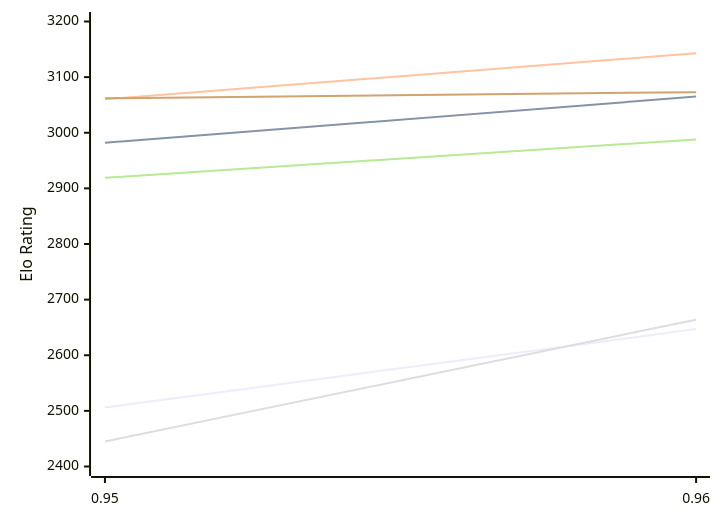
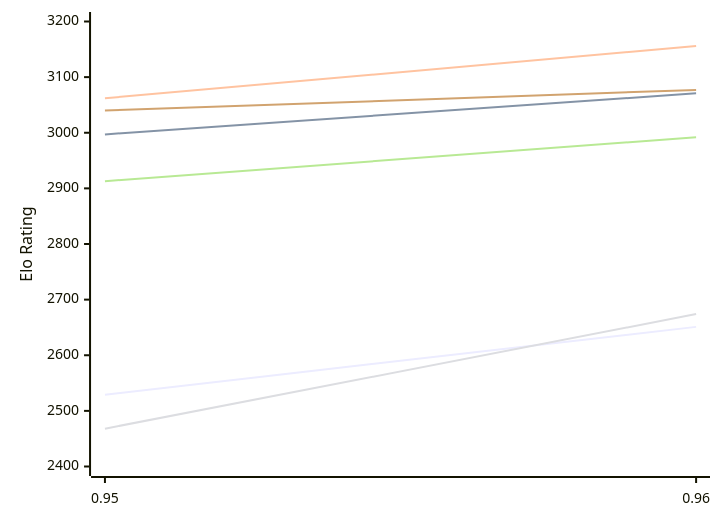
One commit to computer-chess-index/cci changed the first of 2 diagrams in engines/Myrddin.md. Above: the diagram before and after it, drawn with Mermaid. The commit also changed other lines of this file, not shown here.

Commit message:
Update CCI Ratings (ELO VLTC) - 2026-11-16

````diff
--- a/engines/Myrddin.md
+++ b/engines/Myrddin.md
@@ -51,12 +51,12 @@
 ```mermaid
 %%{init: {"theme":"base","themeVariables":{"seriesColors:['#a3a3a3','#222221','#faa371']}}}%%
 xychart-beta
   x-axis ["0.95", "0.96"]
   y-axis "Elo Rating" 2400 --> 3200
-  line "E1: STC (8.0+0.08s)" [2506, 2647]
-  line "E1: LTC (60.0+0.60s)" [2982, 3065]
-  line "E1: VLTC (2m24s+1.12s)" [3060, 3143]
-  line "P1: STC (8.0+0.08s)" [2445, 2664]
-  line "P1: LTC (60.0+0.60s)" [2919, 2988]
-  line "P1: VLTC (2m24s+1.12s)" [3062, 3073]
+  line "E1: STC (8.0+0.08s)" [2529, 2651]
+  line "E1: LTC (60.0+0.60s)" [2997, 3071]
+  line "E1: VLTC (2m24s+1.12s)" [3062, 3156]
+  line "P1: STC (8.0+0.08s)" [2468, 2674]
+  line "P1: LTC (60.0+0.60s)" [2913, 2992]
+  line "P1: VLTC (2m24s+1.12s)" [3040, 3077]
 ```
````
